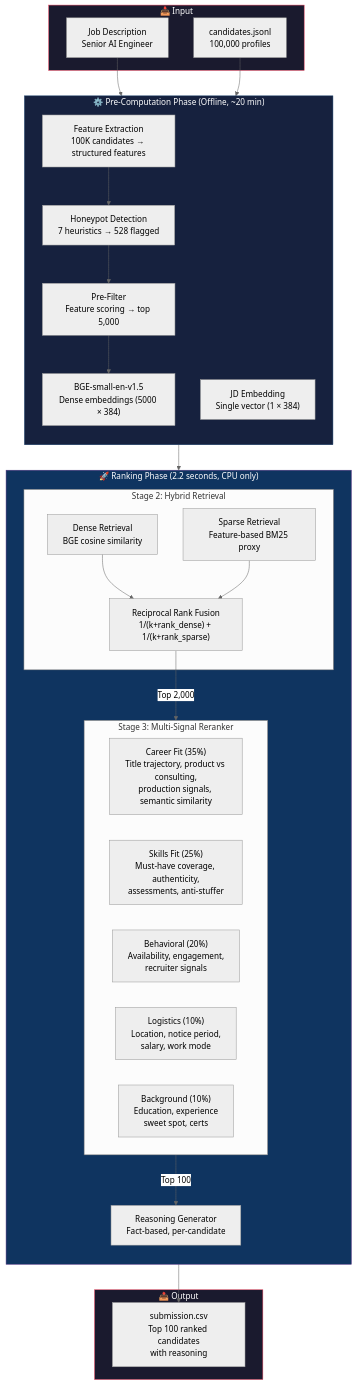
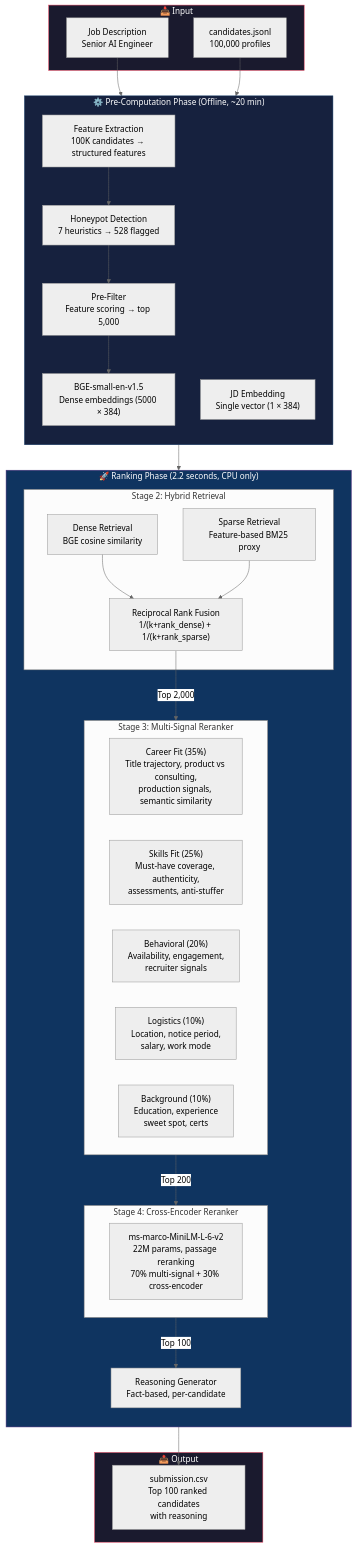
One commit to Yashraj0906/Intelligent-Candidate-Ranking-System changed the first of 5 diagrams in README.md. Above: the diagram before and after it, drawn with Mermaid (neutral theme). The commit also changed other lines of this file and 5 other files, not shown here.

````diff
--- a/README.md
+++ b/README.md
@@ -25,56 +26,61 @@
 ```mermaid
 flowchart TB
     subgraph INPUT["📥 Input"]
         JD["Job Description\nSenior AI Engineer"]
         CAND["candidates.jsonl\n100,000 profiles"]
     end
 
     subgraph PRECOMPUTE["⚙️ Pre-Computation Phase (Offline, ~20 min)"]
         direction TB
         FE["Feature Extraction\n100K candidates → structured features"]
         HP["Honeypot Detection\n7 heuristics → 528 flagged"]
         PF["Pre-Filter\nFeature scoring → top 5,000"]
         EMB["BGE-small-en-v1.5\nDense embeddings (5000 × 384)"]
         JDE["JD Embedding\nSingle vector (1 × 384)"]
         
         FE --> HP --> PF --> EMB
         JD --> JDE
     end
 
     subgraph RANK["🚀 Ranking Phase (2.2 seconds, CPU only)"]
         direction TB
         
         subgraph S2["Stage 2: Hybrid Retrieval"]
             DENSE["Dense Retrieval\nBGE cosine similarity"]
             SPARSE["Sparse Retrieval\nFeature-based BM25 proxy"]
             RRF["Reciprocal Rank Fusion\n1/(k+rank_dense) + 1/(k+rank_sparse)"]
             DENSE --> RRF
             SPARSE --> RRF
         end
         
         subgraph S3["Stage 3: Multi-Signal Reranker"]
             CAREER["Career Fit (35%)\nTitle trajectory, product vs consulting,\nproduction signals, semantic similarity"]
             SKILLS["Skills Fit (25%)\nMust-have coverage, authenticity,\nassessments, anti-stuffer"]
             BEHAV["Behavioral (20%)\nAvailability, engagement,\nrecruiter signals"]
             LOGIS["Logistics (10%)\nLocation, notice period,\nsalary, work mode"]
             BACKG["Background (10%)\nEducation, experience\nsweet spot, certs"]
         end
         
+        subgraph S4["Stage 4: Cross-Encoder Reranker"]
+            CE["ms-marco-MiniLM-L-6-v2\n22M params, passage reranking\n70% multi-signal + 30% cross-encoder"]
+        end
+        
         REASON["Reasoning Generator\nFact-based, per-candidate"]
     end
 
     subgraph OUTPUT["📤 Output"]
         CSV["submission.csv\nTop 100 ranked candidates\nwith reasoning"]
     end
 
     CAND --> PRECOMPUTE
     PRECOMPUTE --> RANK
     RRF -->|"Top 2,000"| S3
-    S3 -->|"Top 100"| REASON
+    S3 -->|"Top 200"| S4
+    S4 -->|"Top 100"| REASON
     REASON --> CSV
 
     style INPUT fill:#1a1a2e,stroke:#e94560,color:#fff
     style PRECOMPUTE fill:#16213e,stroke:#0f3460,color:#fff
     style RANK fill:#0f3460,stroke:#533483,color:#fff
     style OUTPUT fill:#1a1a2e,stroke:#e94560,color:#fff
 ```
````
